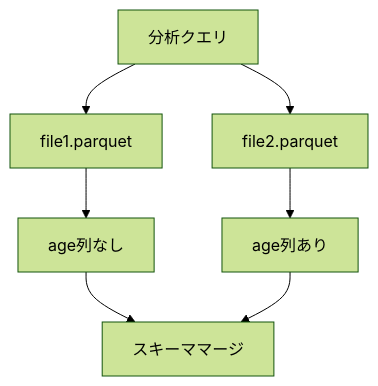
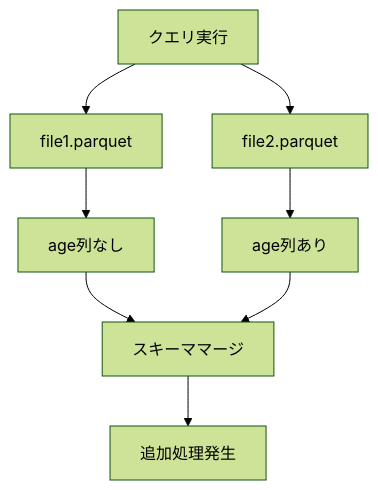
Before and after one commit to hayashihiroki-paya/dp900-learning: the seventh of 10 diagrams in AvroとPerquet.md, drawn with Mermaid (forest theme). The commit also changed other lines of this file, not shown here.

First line of the commit message:
Revise Avro and Parquet comparison document

````diff
--- a/AvroとPerquet.md
+++ b/AvroとPerquet.md
@@ -323,14 +411,26 @@
 ```mermaid
 flowchart TD
 
-A[分析クエリ]
+A[クエリ実行]
 
-A --> B[file1.parquet]
-A --> C[file2.parquet]
+A
+--> B[file1.parquet]
 
-B --> D[age列なし]
-C --> E[age列あり]
+A
+--> C[file2.parquet]
 
-D --> F[スキーママージ]
-E --> F
+B
+--> D[age列なし]
+
+C
+--> E[age列あり]
+
+D
+--> F[スキーママージ]
+
+E
+--> F
+
+F
+--> G[追加処理発生]
 ```
````
